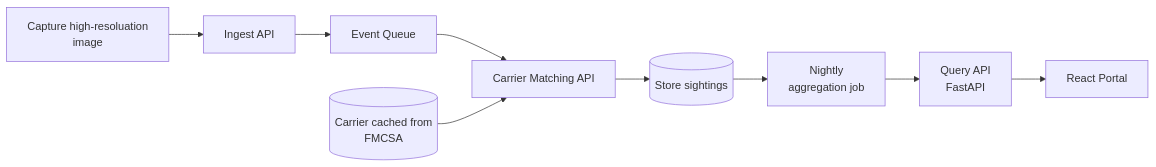
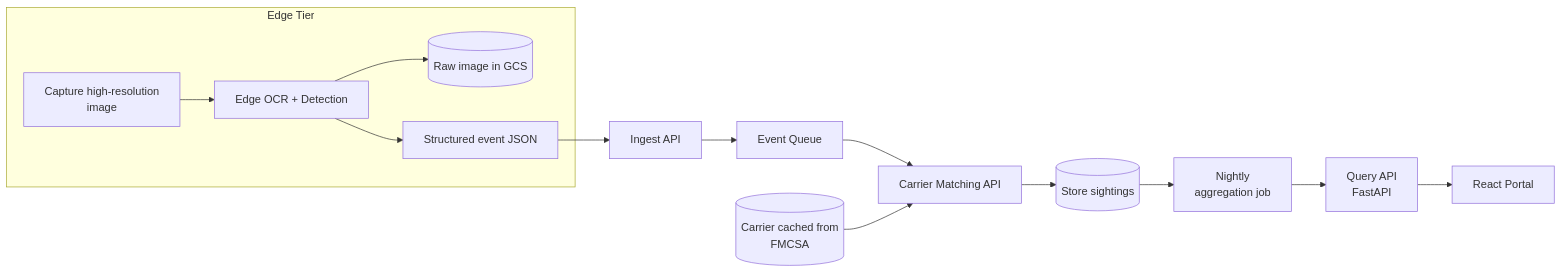
Before and after one commit to khactrungphamteo/Genlogs-take-home: the first of 4 diagrams in Genlogs-take-home-solution.md, drawn with Mermaid.

Commit message:
Enhance system architecture diagram by adding edge tier components for image capture and processing

````diff
--- a/Genlogs-take-home-solution.md
+++ b/Genlogs-take-home-solution.md
@@ -5,16 +5,25 @@
 ```mermaid
 graph LR
-    CAP[Capture high-resoluation<br/>image]
+    subgraph EDGE["Edge Tier"]
+        CAM[Capture high-resolution<br/>image]
+        OCR[Edge OCR + Detection]
+        GCS[(Raw image in GCS)]
+        EVT[Structured event JSON]
+    end
+
     ING[Ingest API]
     Q[Event Queue]
     MATCH[Carrier Matching API]
     FMCSA[(Carrier cached from<br/>FMCSA)]
     STORE[(Store sightings)]
     ROLL[Nightly<br/>aggregation job]
     API[Query API<br/>FastAPI]
     PORTAL[React Portal]
 
-    CAP --> ING --> Q --> MATCH
+    CAM --> OCR
+    OCR --> GCS
+    OCR --> EVT
+    EVT --> ING --> Q --> MATCH
     FMCSA --> MATCH
     MATCH --> STORE --> ROLL --> API --> PORTAL
 ```
````
